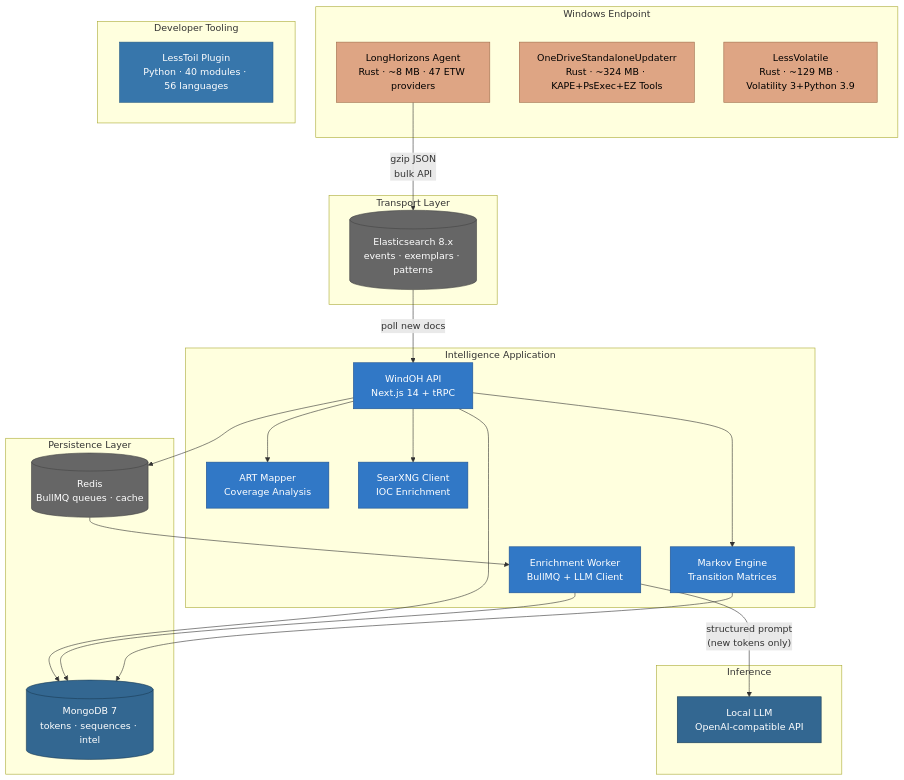
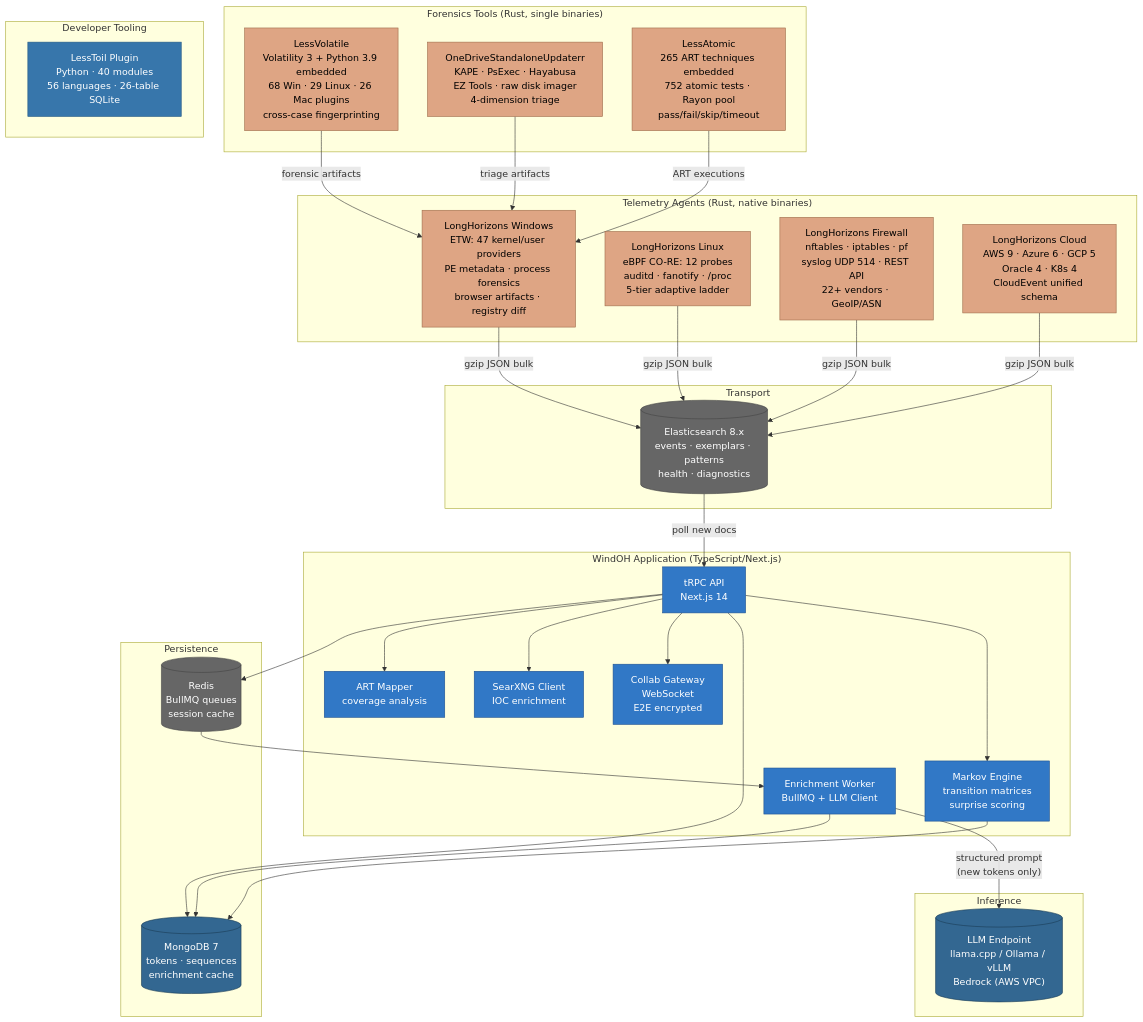
Before and after one commit to LongHorizons/WindOH: the second of 4 diagrams in README.md, drawn with Mermaid. The commit also changed other lines of this file, not shown here.

````diff
--- a/README.md
+++ b/README.md
@@ -168,57 +176,72 @@
 ```mermaid
 graph TB
     classDef rust fill:#dea584,stroke:#9e6b4a,color:#000
     classDef ts fill:#3178c6,stroke:#1d5090,color:#fff
     classDef py fill:#3776ab,stroke:#255a85,color:#fff
     classDef infra fill:#666,stroke:#444,color:#fff
     classDef store fill:#336791,stroke:#1a3d55,color:#fff
 
-    subgraph Endpoint ["Windows Endpoint"]
-        LH["LongHorizons Agent<br/>Rust · ~8 MB · 47 ETW providers"]
-        OSD["OneDriveStandaloneUpdaterr<br/>Rust · ~324 MB · KAPE+PsExec+EZ Tools"]
-        LV["LessVolatile<br/>Rust · ~129 MB · Volatility 3+Python 3.9"]
+    subgraph Agents ["Telemetry Agents (Rust, native binaries)"]
+        LH-Win["LongHorizons Windows<br/>ETW: 47 kernel/user providers<br/>PE metadata · process forensics<br/>browser artifacts · registry diff"]
+        LH-Linux["LongHorizons Linux<br/>eBPF CO-RE: 12 probes<br/>auditd · fanotify · /proc<br/>5-tier adaptive ladder"]
+        LH-FW["LongHorizons Firewall<br/>nftables · iptables · pf<br/>syslog UDP 514 · REST API<br/>22+ vendors · GeoIP/ASN"]
+        LH-Cloud["LongHorizons Cloud<br/>AWS 9 · Azure 6 · GCP 5<br/>Oracle 4 · K8s 4<br/>CloudEvent unified schema"]
     end
 
-    subgraph Transport ["Transport Layer"]
-        ES[("Elasticsearch 8.x<br/>events · exemplars · patterns")]
+    subgraph Forensics ["Forensics Tools (Rust, single binaries)"]
+        LV["LessVolatile<br/>Volatility 3 + Python 3.9 embedded<br/>68 Win · 29 Linux · 26 Mac plugins<br/>cross-case fingerprinting"]
+        OSD["OneDriveStandaloneUpdaterr<br/>KAPE · PsExec · Hayabusa<br/>EZ Tools · raw disk imager<br/>4-dimension triage"]
+        LA["LessAtomic<br/>265 ART techniques embedded<br/>752 atomic tests · Rayon pool<br/>pass/fail/skip/timeout"]
     end
 
-    subgraph Application ["Intelligence Application"]
-        API[WindOH API<br/>Next.js 14 + tRPC]
-        Enrichment[Enrichment Worker<br/>BullMQ + LLM Client]
-        Markov[Markov Engine<br/>Transition Matrices]
-        ArtMapper[ART Mapper<br/>Coverage Analysis]
-        Search[SearXNG Client<br/>IOC Enrichment]
+    subgraph Transport ["Transport"]
+        ES[("Elasticsearch 8.x<br/>events · exemplars · patterns<br/>health · diagnostics")]
     end
 
-    subgraph Storage ["Persistence Layer"]
-        Mongo[("MongoDB 7<br/>tokens · sequences · intel")]
-        Redis[("Redis<br/>BullMQ queues · cache")]
+    subgraph Application ["WindOH Application (TypeScript/Next.js)"]
+        API["tRPC API<br/>Next.js 14"]
+        Worker["Enrichment Worker<br/>BullMQ + LLM Client"]
+        Markov["Markov Engine<br/>transition matrices<br/>surprise scoring"]
+        ARTMap["ART Mapper<br/>coverage analysis"]
+        Search["SearXNG Client<br/>IOC enrichment"]
+        Collab["Collab Gateway<br/>WebSocket<br/>E2E encrypted"]
+    end
+
+    subgraph Storage ["Persistence"]
+        Mongo[("MongoDB 7<br/>tokens · sequences<br/>enrichment cache")]
+        Redis[("Redis<br/>BullMQ queues<br/>session cache")]
     end
 
     subgraph AI ["Inference"]
-        LLM[Local LLM<br/>OpenAI-compatible API]
+        LLM[("LLM Endpoint<br/>llama.cpp / Ollama / vLLM<br/>Bedrock (AWS VPC)")]
     end
 
     subgraph Dev ["Developer Tooling"]
-        LT["LessToil Plugin<br/>Python · 40 modules · 56 languages"]
+        LT["LessToil Plugin<br/>Python · 40 modules<br/>56 languages · 26-table SQLite"]
     end
 
-    LH -->|"gzip JSON<br/>bulk API"| ES
+    LH-Win -->|"gzip JSON bulk"| ES
+    LH-Linux -->|"gzip JSON bulk"| ES
+    LH-FW -->|"gzip JSON bulk"| ES
+    LH-Cloud -->|"gzip JSON bulk"| ES
+    LV -->|"forensic artifacts"| LH-Win
+    OSD -->|"triage artifacts"| LH-Win
+    LA -->|"ART executions"| LH-Win
     ES -->|"poll new docs"| API
     API --> Mongo
     API --> Redis
-    Redis --> Enrichment
-    Enrichment -->|"structured prompt<br/>(new tokens only)"| LLM
-    Enrichment --> Mongo
+    Redis --> Worker
+    Worker -->|"structured prompt<br/>(new tokens only)"| LLM
+    Worker --> Mongo
     API --> Markov
     Markov --> Mongo
-    API --> ArtMapper
+    API --> ARTMap
     API --> Search
+    API --> Collab
 
-    class LH,OSD,LV rust
-    class API,Enrichment,Markov,ArtMapper,Search ts
+    class LH-Win,LH-Linux,LH-FW,LH-Cloud,LV,OSD,LA rust
+    class API,Worker,Markov,ARTMap,Search,Collab ts
     class LT py
     class ES,Redis infra
     class Mongo,LLM store
 ```
````
